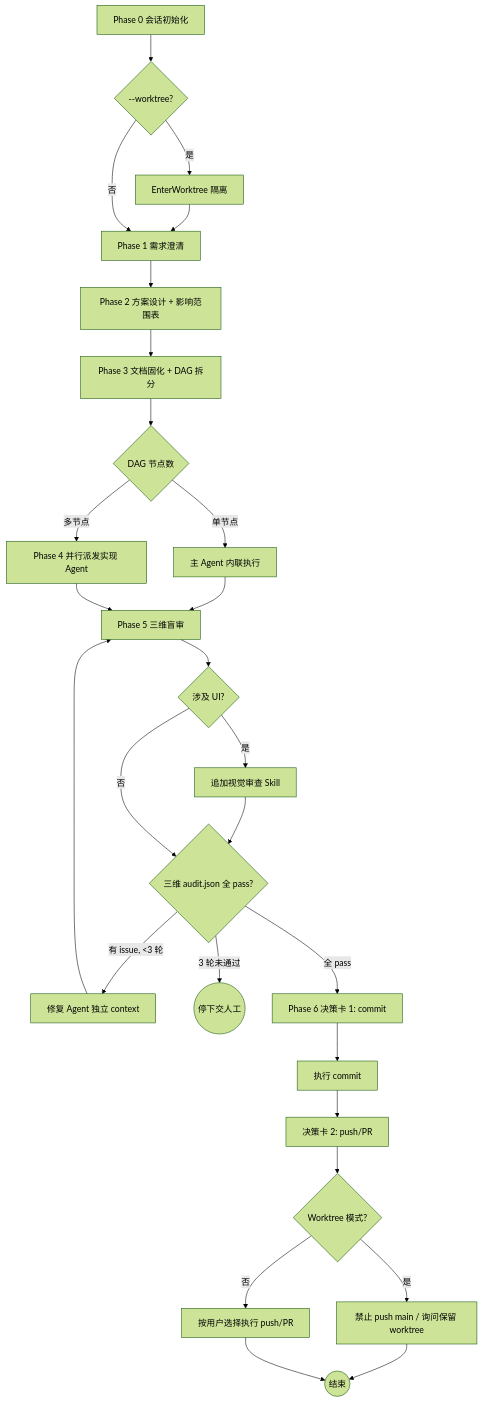
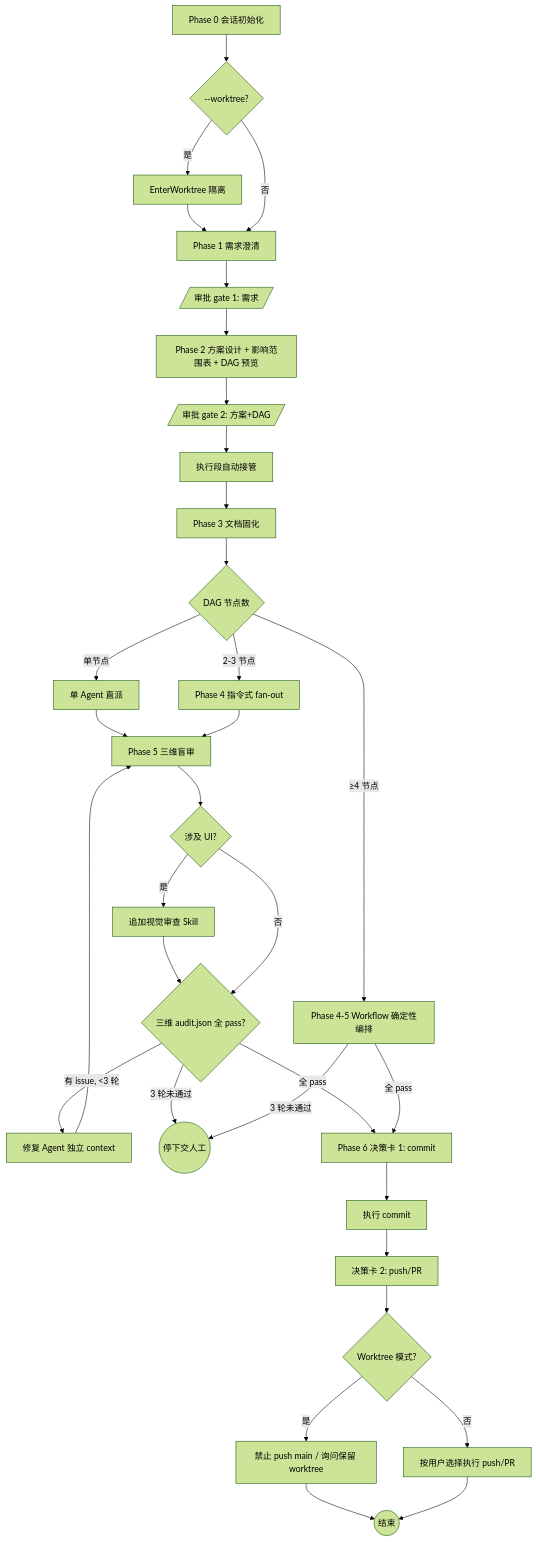
The diagram in plugins/slim-task/skills/slim-task/SKILL.md (lorainwings/claude-autopilot), drawn with Mermaid (forest theme) before and after one commit. The commit also changed other lines of this file and 17 other files, not shown here.

````diff
--- a/plugins/slim-task/skills/slim-task/SKILL.md
+++ b/plugins/slim-task/skills/slim-task/SKILL.md
@@ -46,21 +49,26 @@
 ```mermaid
 flowchart TD
     P0[Phase 0 会话初始化] --> WT{--worktree?}
     WT -->|是| EW[EnterWorktree 隔离] --> P1
     WT -->|否| P1[Phase 1 需求澄清]
-    P1 --> P2[Phase 2 方案设计 + 影响范围表]
-    P2 --> P3[Phase 3 文档固化 + DAG 拆分]
-    P3 --> DAG{DAG 节点数}
-    DAG -->|单节点| INL[主 Agent 内联执行] --> P5
-    DAG -->|多节点| PAR[Phase 4 并行派发实现 Agent] --> P5[Phase 5 三维盲审]
-    P5 --> UI{涉及 UI?}
+    P1 --> G1[/审批 gate 1: 需求/]
+    G1 --> P2[Phase 2 方案设计 + 影响范围表 + DAG 预览]
+    P2 --> G2[/审批 gate 2: 方案+DAG/]
+    G2 --> EXEC[执行段自动接管]
+    EXEC --> P3[Phase 3 文档固化] --> P4DECIDE{DAG 节点数}
+    P4DECIDE -->|单节点| INL[单 Agent 直派] --> P5
+    P4DECIDE -->|2-3 节点| FANOUT[Phase 4 指令式 fan-out] --> P5
+    P4DECIDE -->|≥4 节点| WF[Phase 4-5 Workflow 确定性编排]
+    P5[Phase 5 三维盲审] --> UI{涉及 UI?}
     UI -->|是| VIS[追加视觉审查 Skill] --> AUD
     UI -->|否| AUD{三维 audit.json 全 pass?}
     AUD -->|有 issue, <3 轮| FIX[修复 Agent 独立 context] --> P5
     AUD -->|3 轮未通过| STOP((停下交人工))
     AUD -->|全 pass| P6[Phase 6 决策卡 1: commit]
+    WF -->|全 pass| P6
+    WF -->|3 轮未通过| STOP
     P6 --> COMMIT[执行 commit] --> P6P[决策卡 2: push/PR]
     P6P --> WTM{Worktree 模式?}
     WTM -->|是| NOPUSH[禁止 push main / 询问保留 worktree] --> END
     WTM -->|否| PUSH[按用户选择执行 push/PR] --> END((结束))
 ```
````
